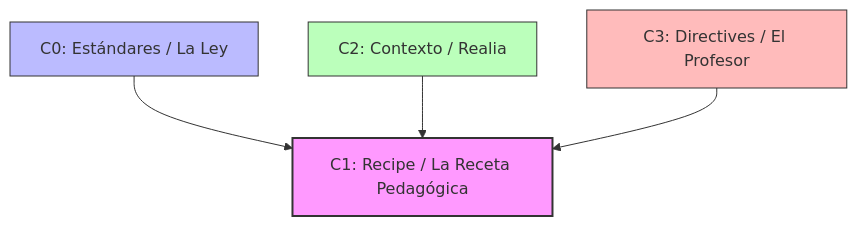
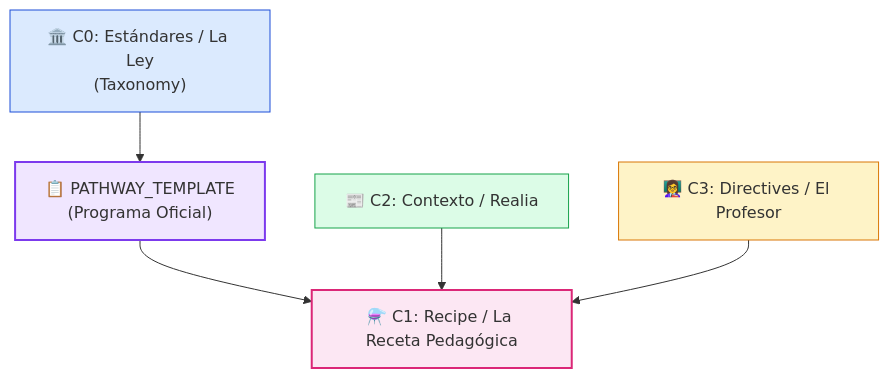
One commit to ColabEdu/ce-web changed the diagram in apps/colabedu-org/src/content/docs/es/oas-spec/architecture/capas.mdx. Above: the diagram before and after it, drawn with Mermaid. The commit also changed 100 other files, not shown here.

````diff
--- a/apps/colabedu-org/src/content/docs/es/oas-spec/architecture/capas.mdx
+++ b/apps/colabedu-org/src/content/docs/es/oas-spec/architecture/capas.mdx
@@ -14,11 +14,13 @@
 ```mermaid
 graph TD
-    C0[C0: Estándares / La Ley] --> C1[C1: Recipe / La Receta Pedagógica]
-    C2[C2: Contexto / Realia] --> C1
-    C3[C3: Directives / El Profesor] --> C1
-    
-    style C1 fill:#f9f,stroke:#333,stroke-width:2px
-    style C0 fill:#bbf,stroke:#333,stroke-width:1px
-    style C2 fill:#bfb,stroke:#333,stroke-width:1px
-    style C3 fill:#fbb,stroke:#333,stroke-width:1px
+    C0["🏛️ C0: Estándares / La Ley<br/>(Taxonomy)"] --> PT["📋 PATHWAY_TEMPLATE<br/>(Programa Oficial)"]
+    PT --> C1["⚗️ C1: Recipe / La Receta Pedagógica"]
+    C2["📰 C2: Contexto / Realia"] --> C1
+    C3["👩‍🏫 C3: Directives / El Profesor"] --> C1
+
+    style C1 fill:#fce7f3,stroke:#db2777,stroke-width:2px
+    style C0 fill:#dbeafe,stroke:#1d4ed8,stroke-width:1px
+    style PT fill:#f0e6ff,stroke:#7c3aed,stroke-width:2px
+    style C2 fill:#dcfce7,stroke:#16a34a,stroke-width:1px
+    style C3 fill:#fef3c7,stroke:#d97706,stroke-width:1px
 ```
````
